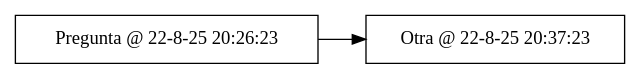
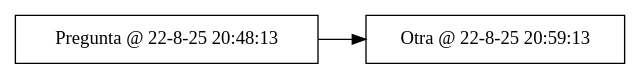
One commit to JoseArt777/-EDD-1S2025_202100305 changed the diagram in Fase1/src/out_programados.dot. Above: the diagram before and after it, drawn with Graphviz. The commit also changed 37 other files, not shown here.

```diff
--- a/Fase1/src/out_programados.dot
+++ b/Fase1/src/out_programados.dot
@@ -1,6 +1,6 @@
 digraph Programados {
   rankdir=LR; node [shape=box];
-  n131747447710048 [label="Pregunta @ 22-8-25 20:26:23"];
-  n131747447710048 -> n131747447710144;
-  n131747447710144 [label="Otra @ 22-8-25 20:37:23"];
+  n124940300124512 [label="Pregunta @ 22-8-25 20:48:13"];
+  n124940300124512 -> n124940300124608;
+  n124940300124608 [label="Otra @ 22-8-25 20:59:13"];
 }
```
